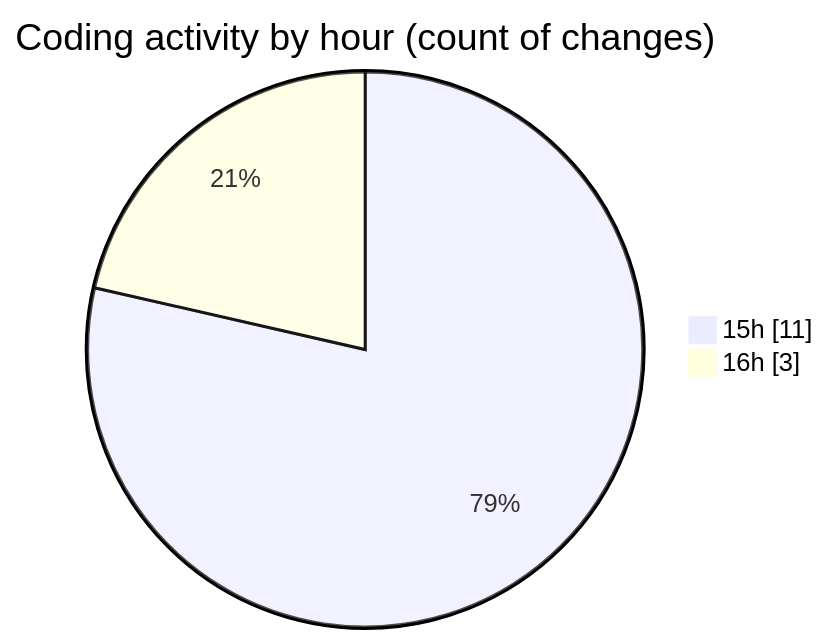
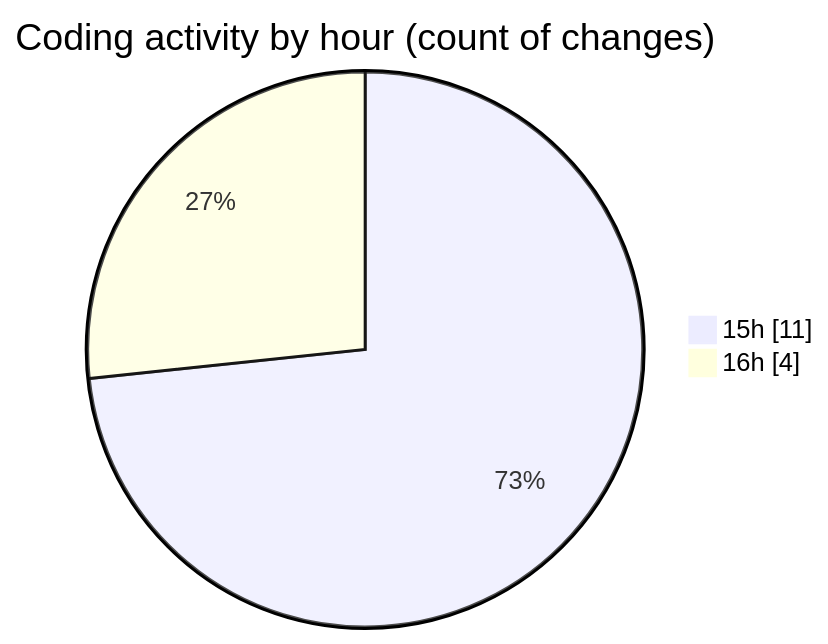
One commit to robertbonfada/code-tracking changed the second of 2 diagrams in 2025-03-08/mbc-web/README.md. Above: the diagram before and after it, drawn with Mermaid. The commit also changed other lines of this file and 1 other file, not shown here.

````diff
--- a/2025-03-08/mbc-web/README.md
+++ b/2025-03-08/mbc-web/README.md
@@ -34,6 +34,6 @@
 ```mermaid
 pie showData
 title Coding activity by hour (count of changes)
 "15h" : 11
-"16h" : 3
+"16h" : 4
 ```
````
